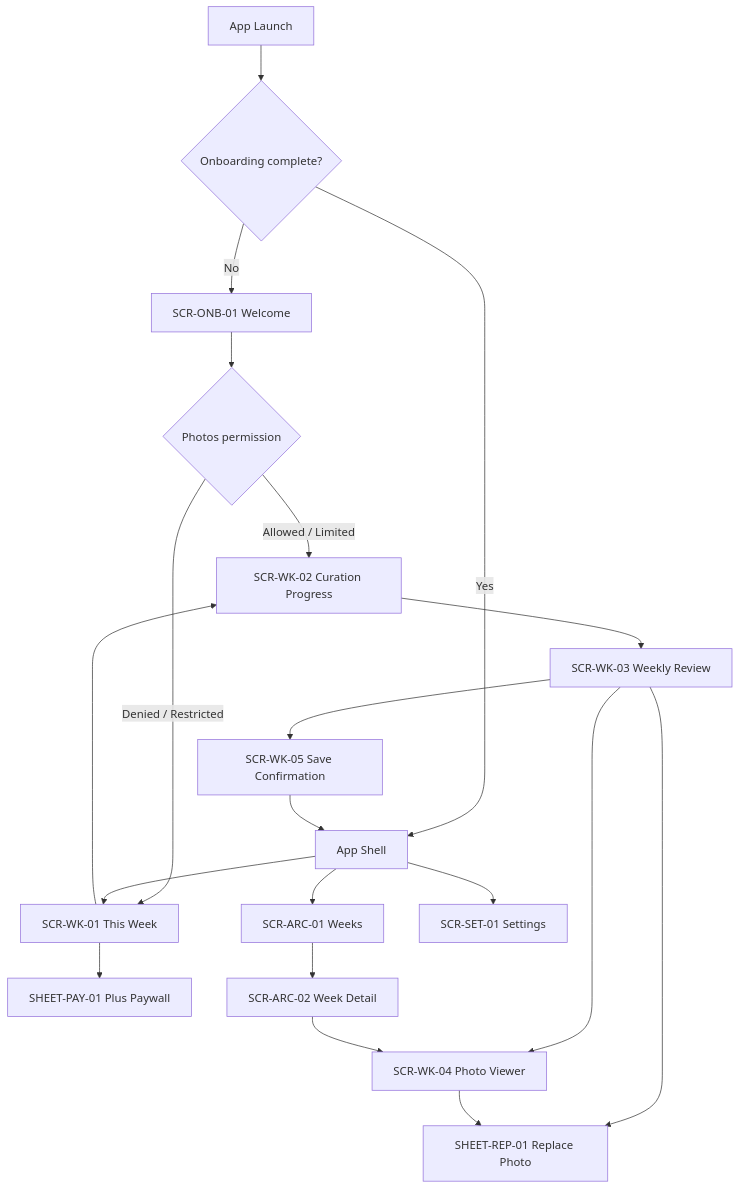
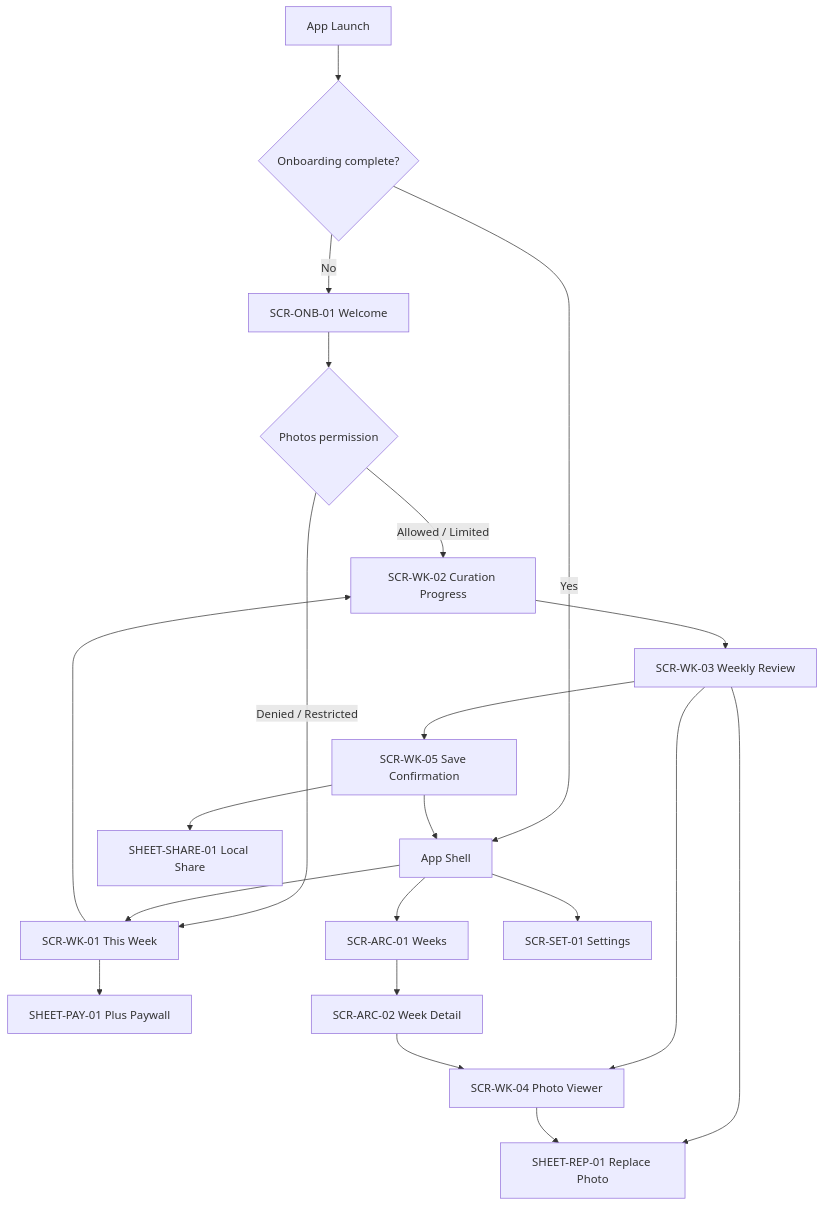
The first of 2 diagrams in docs/03-IA.md (kimsol1134/weekkeep), drawn with Mermaid before and after one commit. The commit also changed other lines of this file and 367 other files, not shown here.

````diff
--- a/docs/03-IA.md
+++ b/docs/03-IA.md
@@ -22,22 +22,23 @@
 ```mermaid
 flowchart TD
     L["App Launch"] --> O{"Onboarding complete?"}
     O -- "No" --> ONB["SCR-ONB-01 Welcome"]
     O -- "Yes" --> SHELL["App Shell"]
     ONB --> PERM{"Photos permission"}
     PERM -- "Allowed / Limited" --> CUR["SCR-WK-02 Curation Progress"]
     PERM -- "Denied / Restricted" --> WEEK["SCR-WK-01 This Week"]
     CUR --> REVIEW["SCR-WK-03 Weekly Review"]
     REVIEW --> VIEW["SCR-WK-04 Photo Viewer"]
     REVIEW --> DONE["SCR-WK-05 Save Confirmation"]
+    DONE --> SHARE["SHEET-SHARE-01 Local Share"]
     DONE --> SHELL
     SHELL --> WEEK
     SHELL --> ARCH["SCR-ARC-01 Weeks"]
     SHELL --> SET["SCR-SET-01 Settings"]
     WEEK --> CUR
     WEEK --> PAY["SHEET-PAY-01 Plus Paywall"]
     REVIEW --> REP["SHEET-REP-01 Replace Photo"]
     VIEW --> REP
     ARCH --> DETAIL["SCR-ARC-02 Week Detail"]
     DETAIL --> VIEW
 ```
````
